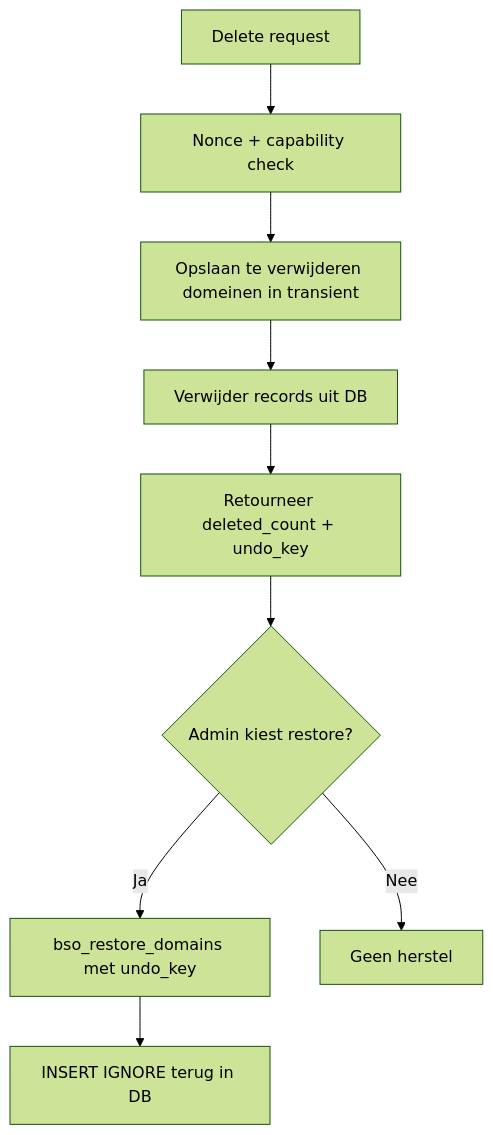
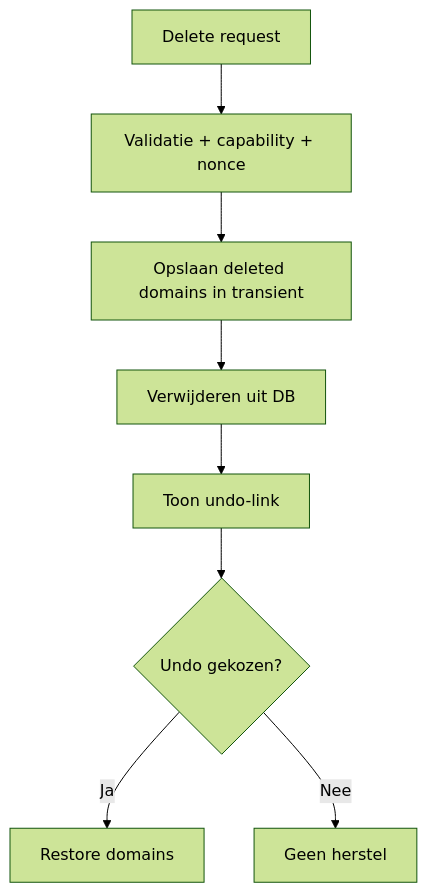
The sixth of 11 diagrams in document/Functional_Design.md (byteway/bso-wp-blocked-domains), drawn with Mermaid (forest theme) before and after one commit. The commit also changed other lines of this file and 2 other files, not shown here.

````diff
--- a/document/Functional_Design.md
+++ b/document/Functional_Design.md
@@ -257,11 +227,10 @@
 ```mermaid
 flowchart TD
-	A[Delete request] --> B[Nonce + capability check]
-	B --> C[Opslaan te verwijderen domeinen in transient]
-	C --> D[Verwijder records uit DB]
-	D --> E[Retourneer deleted_count + undo_key]
-	E --> F{Admin kiest restore?}
-	F -- Ja --> G[bso_restore_domains met undo_key]
-	G --> H[INSERT IGNORE terug in DB]
-	F -- Nee --> I[Geen herstel]
+	A[Delete request] --> B[Validatie + capability + nonce]
+	B --> C[Opslaan deleted domains in transient]
+	C --> D[Verwijderen uit DB]
+	D --> E[Toon undo-link]
+	E --> F{Undo gekozen?}
+	F -- Ja --> G[Restore domains]
+	F -- Nee --> H[Geen herstel]
 ```
````
